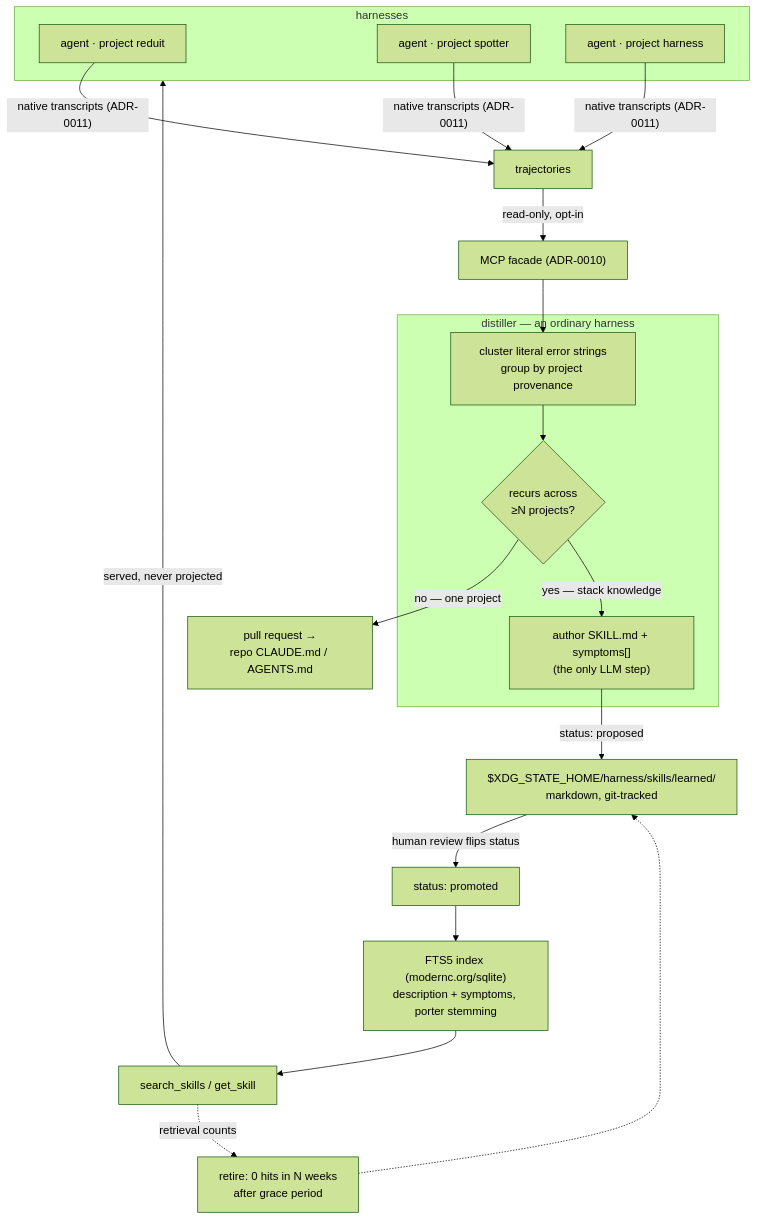
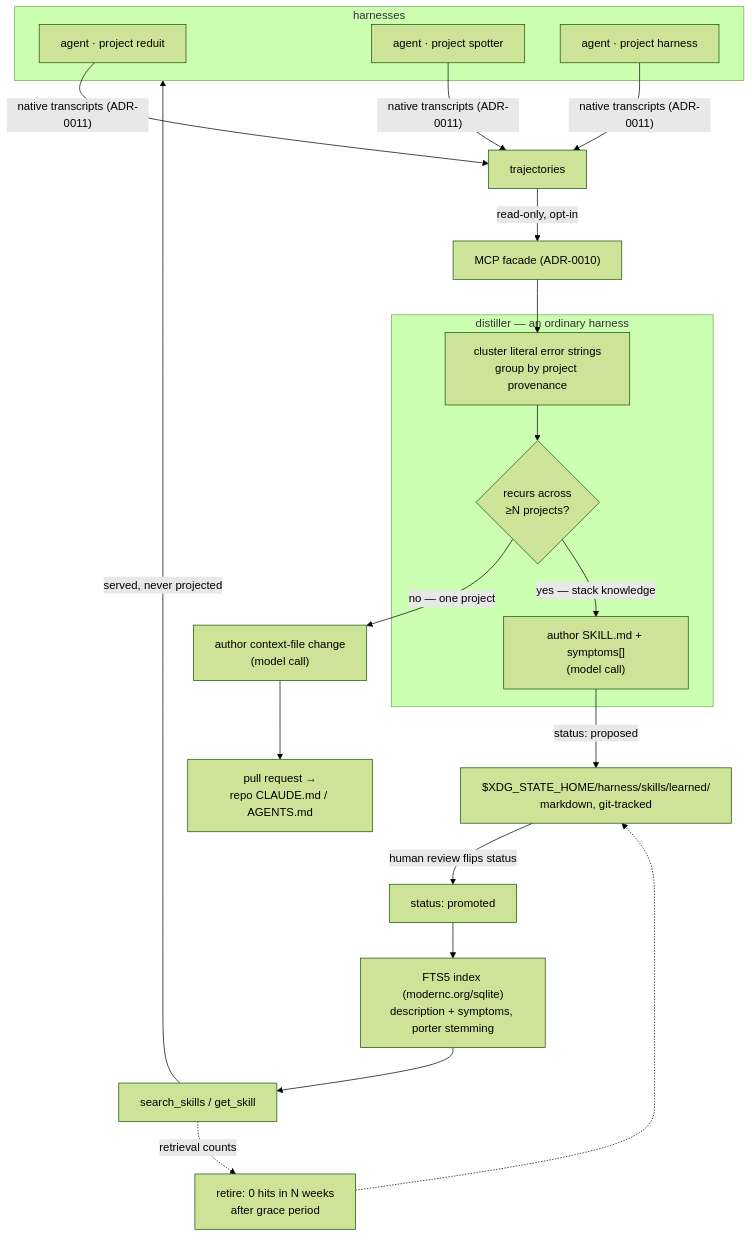
Before and after one commit to stump-wtf/harness: the diagram in docs/adrs/adr-0012-cross-harness-distillation.md, drawn with Mermaid (forest theme). The commit also changed other lines of this file and 2 other files, not shown here.

````diff
--- a/docs/adrs/adr-0012-cross-harness-distillation.md
+++ b/docs/adrs/adr-0012-cross-harness-distillation.md
@@ -229,29 +233,30 @@
 ```mermaid
 flowchart TD
     subgraph fleet["harnesses"]
         A["agent · project reduit"]
         B["agent · project spotter"]
         C["agent · project harness"]
     end
 
     A & B & C -->|"native transcripts (ADR-0011)"| TR["trajectories"]
     TR -->|"read-only, opt-in"| FAC["MCP facade (ADR-0010)"]
 
     subgraph distiller["distiller — an ordinary harness"]
         CL["cluster literal error strings<br/>group by project provenance"]
         TH{"recurs across<br/>≥N projects?"}
-        AU["author SKILL.md + symptoms[]<br/>(the only LLM step)"]
+        AU["author SKILL.md + symptoms[]<br/>(model call)"]
     end
 
     FAC --> CL --> TH
-    TH -->|"no — one project"| PR["pull request →<br/>repo CLAUDE.md / AGENTS.md"]
+    TH -->|"no — one project"| AUP["author context-file change<br/>(model call)"]
+    AUP --> PR["pull request →<br/>repo CLAUDE.md / AGENTS.md"]
     TH -->|"yes — stack knowledge"| AU
     AU -->|"status: proposed"| DISK["$XDG_STATE_HOME/harness/skills/learned/<br/>markdown, git-tracked"]
 
     DISK -->|"human review flips status"| PROM["status: promoted"]
     PROM --> IDX["FTS5 index (modernc.org/sqlite)<br/>description + symptoms, porter stemming"]
     IDX --> ST["search_skills / get_skill"]
     ST -->|"served, never projected"| fleet
     ST -.->|"retrieval counts"| RET["retire: 0 hits in N weeks<br/>after grace period"]
     RET -.-> DISK
 ```
````
